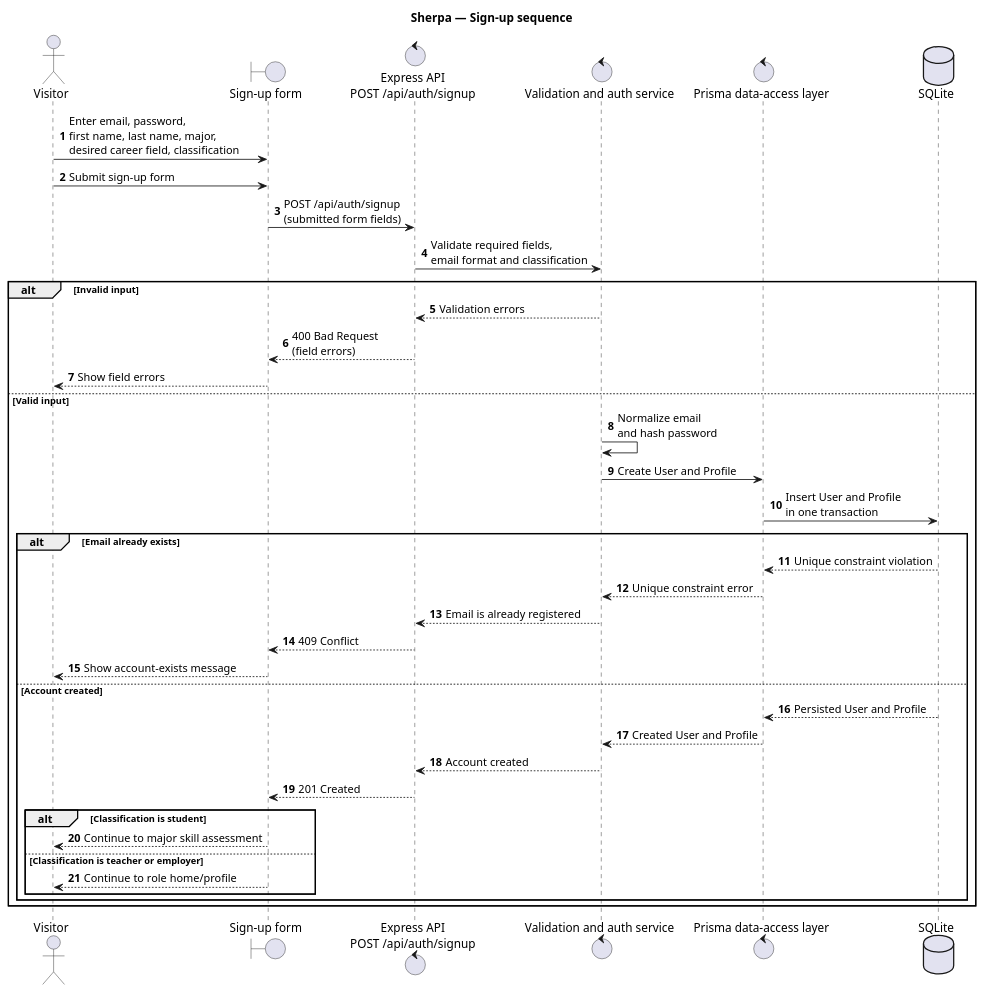
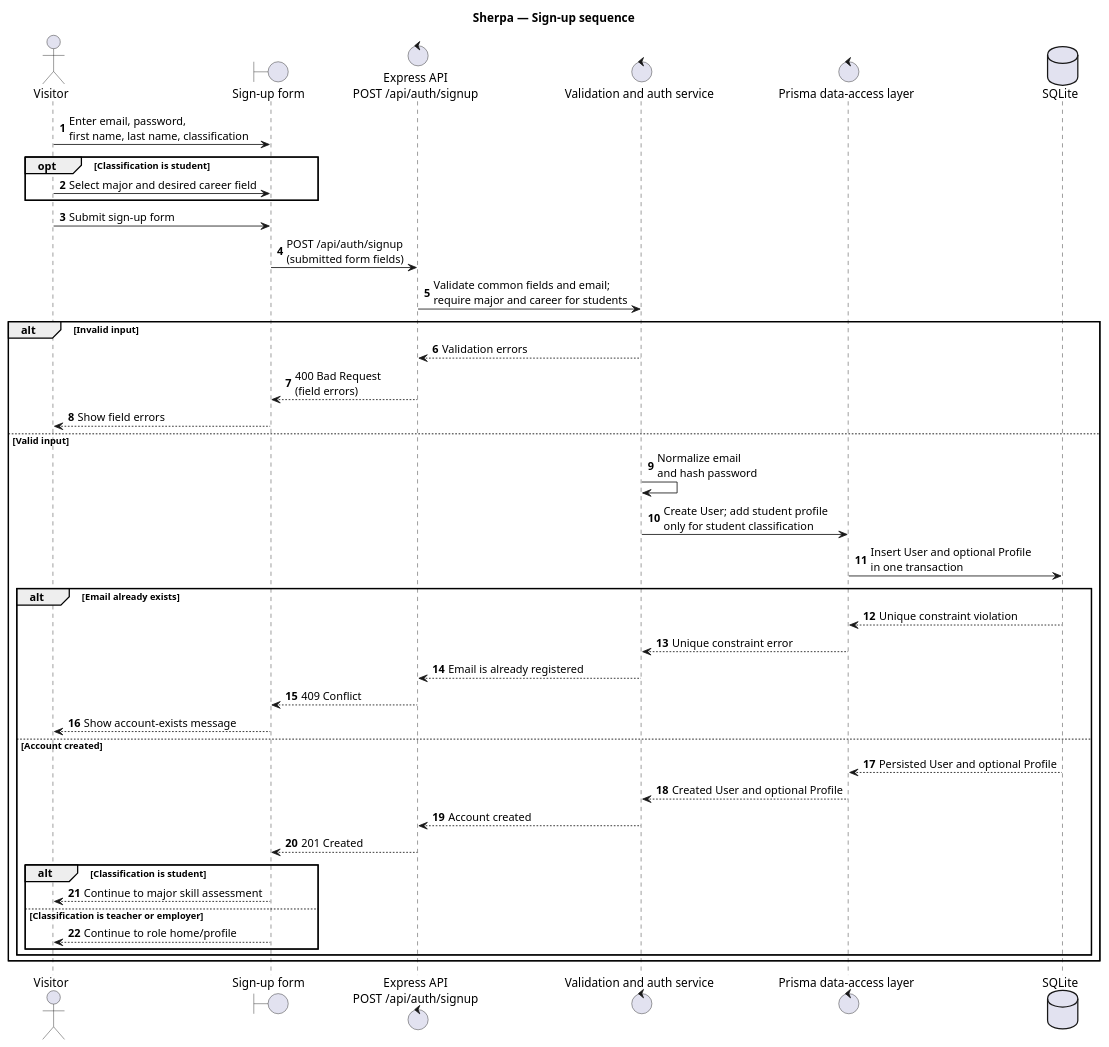
Before and after one commit to moconn25-hub/ITSC_3155_Sherpa: the diagram in docs/uml/sign-up-sequence.puml, drawn with PlantUML. The commit also changed 14 other files, not shown here.

```diff
--- a/docs/uml/sign-up-sequence.puml
+++ b/docs/uml/sign-up-sequence.puml
@@ -1,43 +1,46 @@
 @startuml SherpaSignUp
 title Sherpa — Sign-up sequence
 autonumber
 
 actor Visitor
 boundary "Sign-up form" as UI
 control "Express API\nPOST /api/auth/signup" as API
 control "Validation and auth service" as Auth
 control "Prisma data-access layer" as Prisma
 database SQLite as DB
 
-Visitor -> UI: Enter email, password,\nfirst name, last name, major,\ndesired career field, classification
+Visitor -> UI: Enter email, password,\nfirst name, last name, classification
+opt Classification is student
+  Visitor -> UI: Select major and desired career field
+end
 Visitor -> UI: Submit sign-up form
 UI -> API: POST /api/auth/signup\n(submitted form fields)
-API -> Auth: Validate required fields,\nemail format and classification
+API -> Auth: Validate common fields and email;\nrequire major and career for students
 
 alt Invalid input
   Auth --> API: Validation errors
   API --> UI: 400 Bad Request\n(field errors)
   UI --> Visitor: Show field errors
 else Valid input
   Auth -> Auth: Normalize email\nand hash password
-  Auth -> Prisma: Create User and Profile
-  Prisma -> DB: Insert User and Profile\nin one transaction
+  Auth -> Prisma: Create User; add student profile\nonly for student classification
+  Prisma -> DB: Insert User and optional Profile\nin one transaction
   alt Email already exists
     DB --> Prisma: Unique constraint violation
     Prisma --> Auth: Unique constraint error
     Auth --> API: Email is already registered
     API --> UI: 409 Conflict
     UI --> Visitor: Show account-exists message
   else Account created
-    DB --> Prisma: Persisted User and Profile
-    Prisma --> Auth: Created User and Profile
+    DB --> Prisma: Persisted User and optional Profile
+    Prisma --> Auth: Created User and optional Profile
     Auth --> API: Account created
     API --> UI: 201 Created
     alt Classification is student
       UI --> Visitor: Continue to major skill assessment
     else Classification is teacher or employer
       UI --> Visitor: Continue to role home/profile
     end
   end
 end
 @enduml
```
